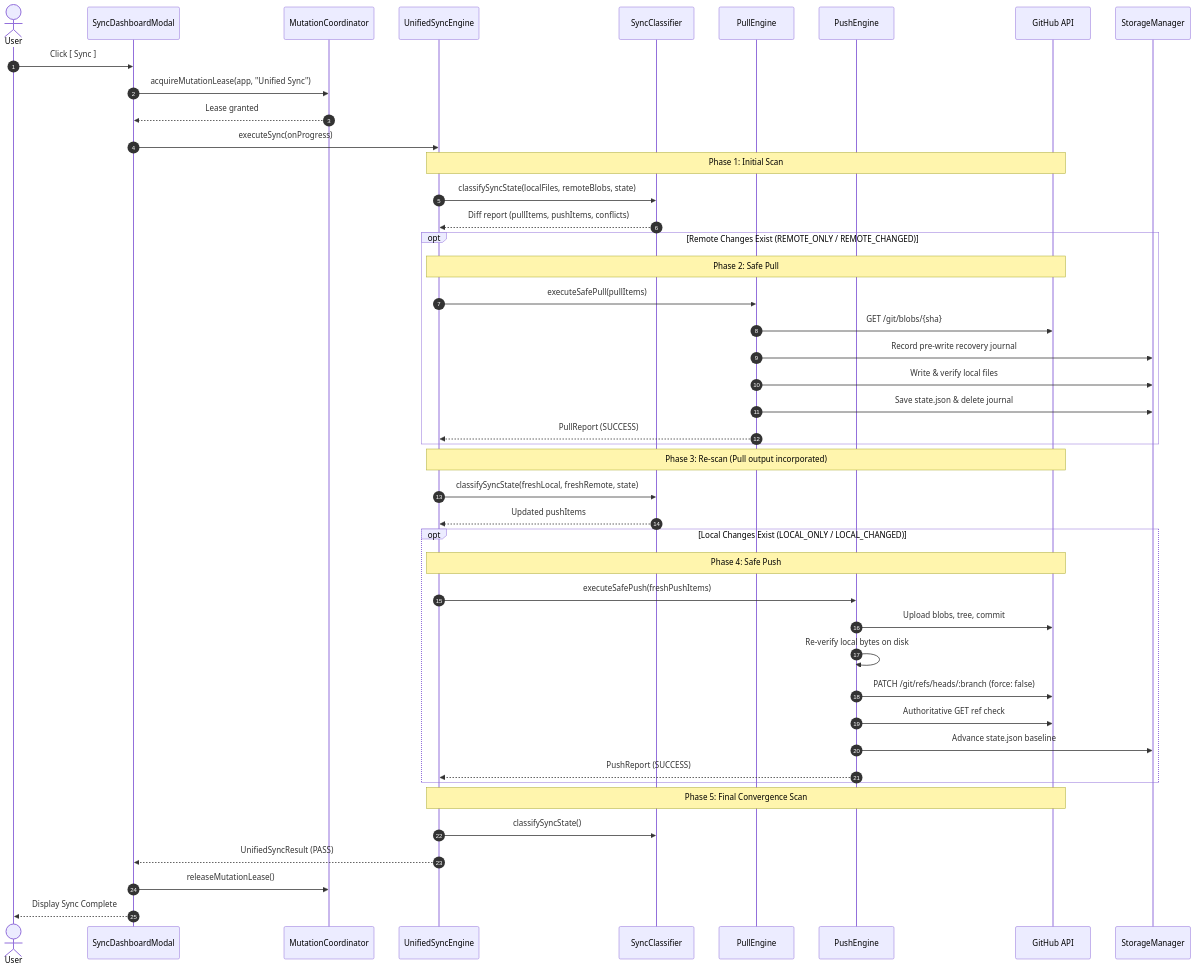
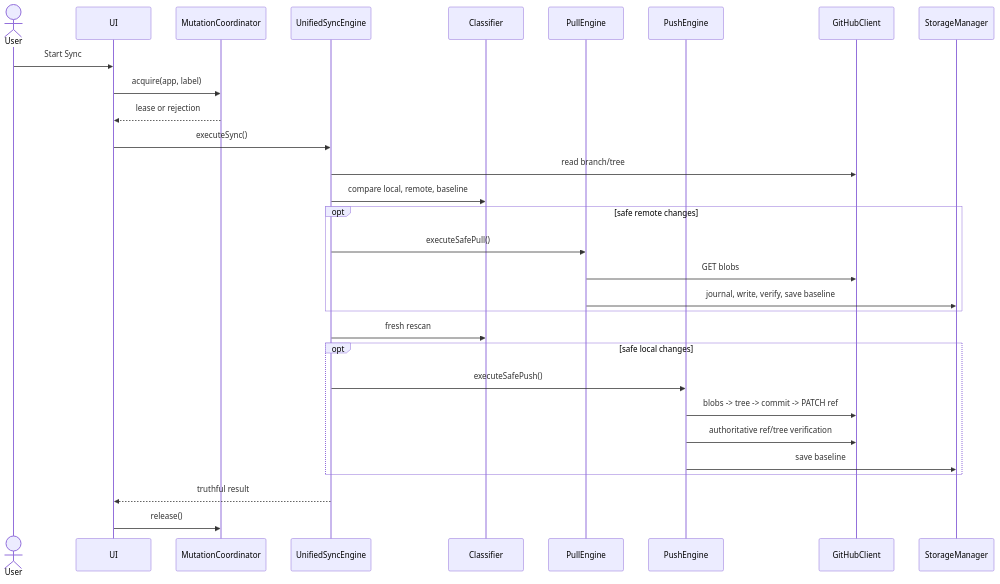
One commit to ankhang0704/github-vault-relay changed the third of 3 diagrams in docs/ARCHITECTURE.md. Above: the diagram before and after it, drawn with Mermaid. The commit also changed other lines of this file and 8 other files, not shown here.

````diff
--- a/docs/ARCHITECTURE.md
+++ b/docs/ARCHITECTURE.md
@@ -82,53 +49,33 @@
 ```mermaid
 sequenceDiagram
-    autonumber
     actor User
-    participant UI as SyncDashboardModal
+    participant UI
     participant Lease as MutationCoordinator
     participant Sync as UnifiedSyncEngine
-    participant Class as SyncClassifier
+    participant Class as Classifier
     participant Pull as PullEngine
     participant Push as PushEngine
-    participant GitHub as GitHub API
+    participant GH as GitHubClient
     participant Store as StorageManager
 
-    User->>UI: Click [ Sync ]
-    UI->>Lease: acquireMutationLease(app, "Unified Sync")
-    Lease-->>UI: Lease granted
-    UI->>Sync: executeSync(onProgress)
-
-    Note over Sync,GitHub: Phase 1: Initial Scan
-    Sync->>Class: classifySyncState(localFiles, remoteBlobs, state)
-    Class-->>Sync: Diff report (pullItems, pushItems, conflicts)
-
-    opt Remote Changes Exist (REMOTE_ONLY / REMOTE_CHANGED)
-        Note over Sync,GitHub: Phase 2: Safe Pull
-        Sync->>Pull: executeSafePull(pullItems)
-        Pull->>GitHub: GET /git/blobs/{sha}
-        Pull->>Store: Record pre-write recovery journal
-        Pull->>Store: Write & verify local files
-        Pull->>Store: Save state.json & delete journal
-        Pull-->>Sync: PullReport (SUCCESS)
+    User->>UI: Start Sync
+    UI->>Lease: acquire(app, label)
+    Lease-->>UI: lease or rejection
+    UI->>Sync: executeSync()
+    Sync->>GH: read branch/tree
+    Sync->>Class: compare local, remote, baseline
+    opt safe remote changes
+        Sync->>Pull: executeSafePull()
+        Pull->>GH: GET blobs
+        Pull->>Store: journal, write, verify, save baseline
     end
-
-    Note over Sync,GitHub: Phase 3: Re-scan (Pull output incorporated)
-    Sync->>Class: classifySyncState(freshLocal, freshRemote, state)
-    Class-->>Sync: Updated pushItems
-
-    opt Local Changes Exist (LOCAL_ONLY / LOCAL_CHANGED)
-        Note over Sync,GitHub: Phase 4: Safe Push
-        Sync->>Push: executeSafePush(freshPushItems)
-        Push->>GitHub: Upload blobs, tree, commit
-        Push->>Push: Re-verify local bytes on disk
-        Push->>GitHub: PATCH /git/refs/heads/:branch (force: false)
-        Push->>GitHub: Authoritative GET ref check
-        Push->>Store: Advance state.json baseline
-        Push-->>Sync: PushReport (SUCCESS)
+    Sync->>Class: fresh rescan
+    opt safe local changes
+        Sync->>Push: executeSafePush()
+        Push->>GH: blobs -> tree -> commit -> PATCH ref
+        Push->>GH: authoritative ref/tree verification
+        Push->>Store: save baseline
     end
-
-    Note over Sync,GitHub: Phase 5: Final Convergence Scan
-    Sync->>Class: classifySyncState()
-    Sync-->>UI: UnifiedSyncResult (PASS)
-    UI->>Lease: releaseMutationLease()
-    UI-->>User: Display Sync Complete
+    Sync-->>UI: truthful result
+    UI->>Lease: release()
 ```
````
